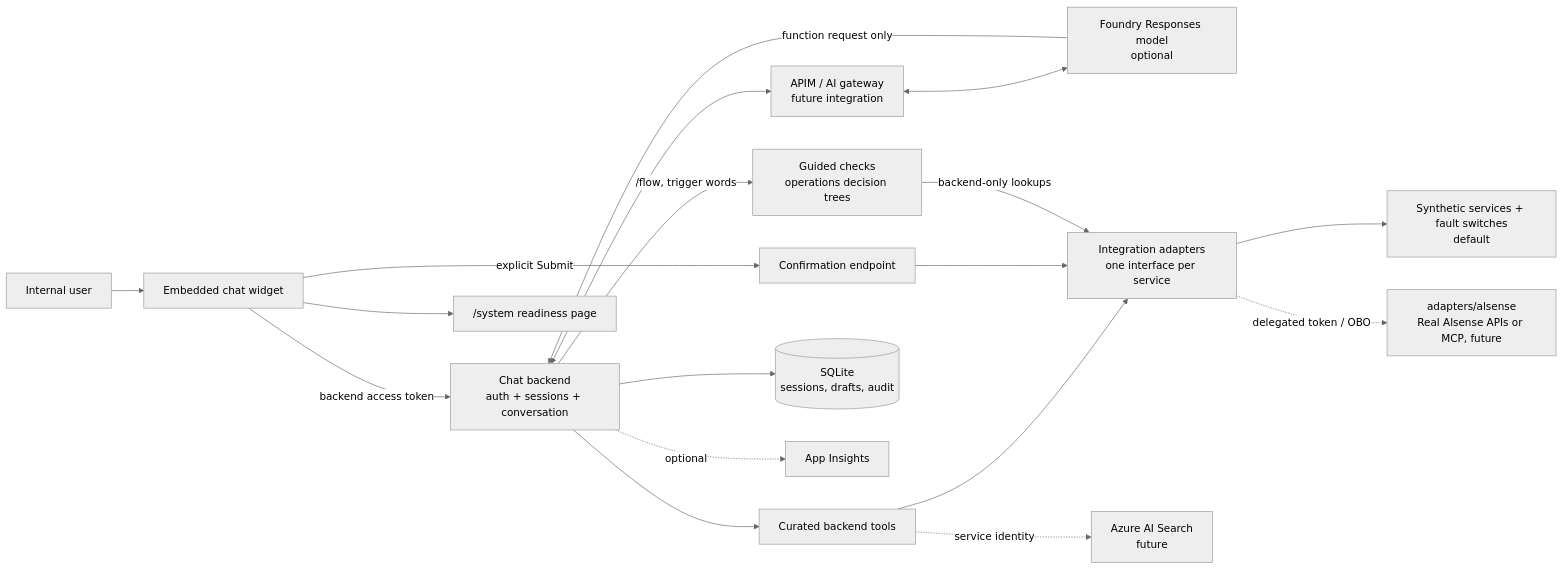
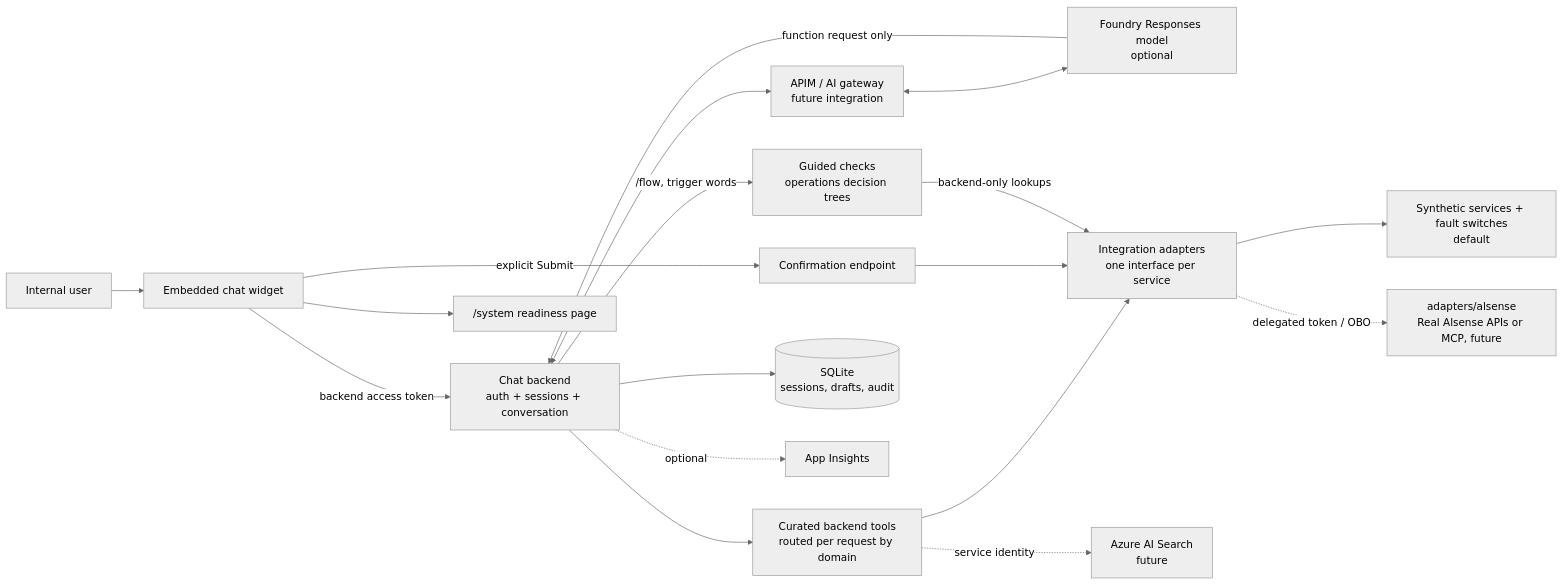
Before and after one commit to amir0135/alsense-chat-starter: the diagram in docs/architecture.md, drawn with Mermaid (neutral theme). The commit also changed other lines of this file and 79 other files, not shown here.

````diff
--- a/docs/architecture.md
+++ b/docs/architecture.md
@@ -6,20 +6,20 @@
 ```mermaid
 flowchart LR
     U[Internal user] --> W[Embedded chat widget]
     W -->|backend access token| B[Chat backend<br/>auth + sessions + conversation]
     B <--> G[APIM / AI gateway<br/>future integration]
     G <--> F[Foundry Responses model<br/>optional]
     F -->|function request only| B
-    B --> T[Curated backend tools]
+    B --> T[Curated backend tools<br/>routed per request by domain]
     T --> P[Integration adapters<br/>one interface per service]
     P --> M[Synthetic services + fault switches<br/>default]
     P -. delegated token / OBO .-> A[adapters/alsense<br/>Real Alsense APIs or MCP, future]
     T -. service identity .-> K[Azure AI Search<br/>future]
     W -->|explicit Submit| C[Confirmation endpoint]
     C --> P
     B -->|/flow, trigger words| R[Guided checks<br/>operations decision trees]
     R -->|backend-only lookups| P
     B --> D[(SQLite<br/>sessions, drafts, audit)]
     W --> Y["/system readiness page"]
     B -. optional .-> O[App Insights]
 ```
````
